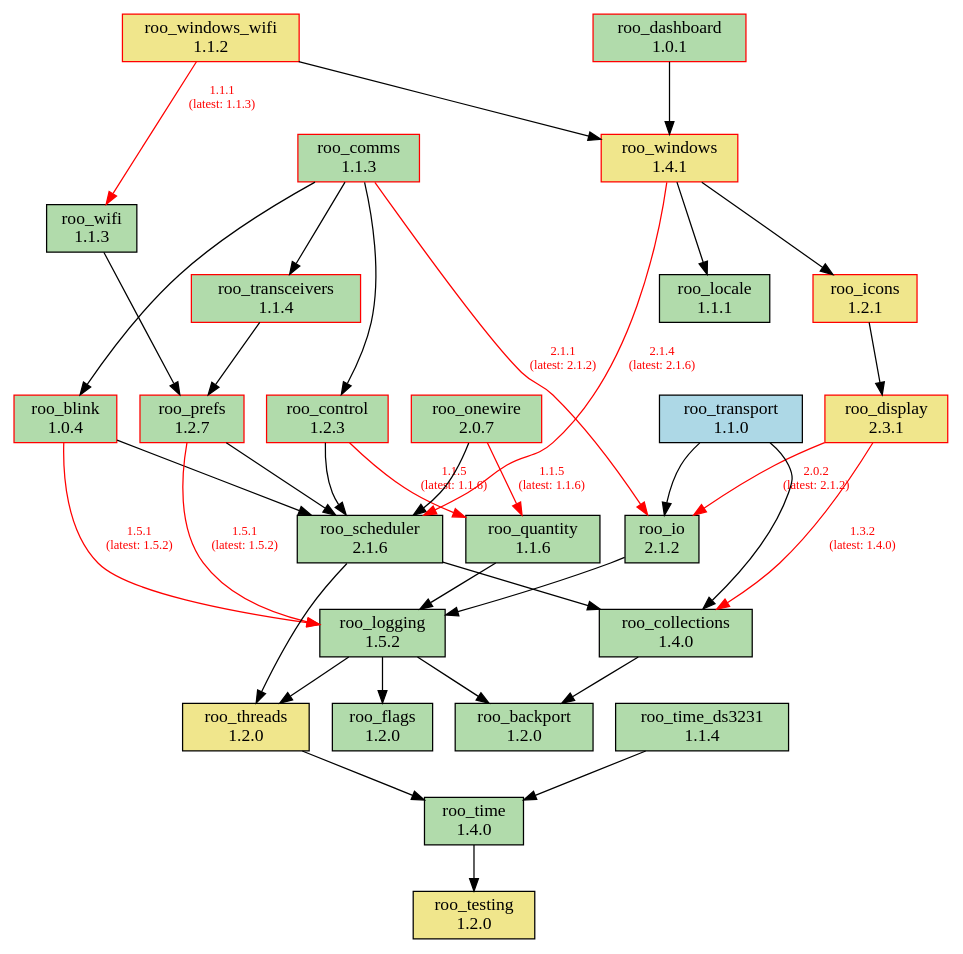
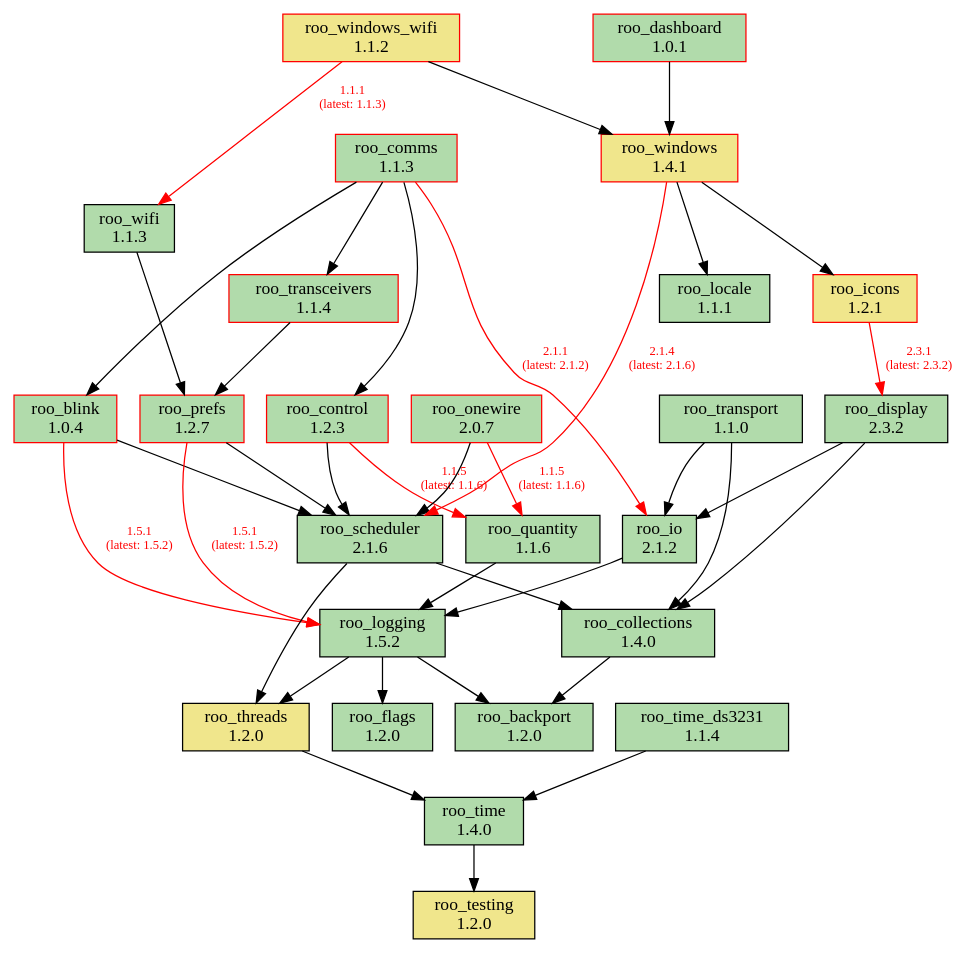
The diagram in doc/dependencies.dot (dejwk/roo-registry), drawn with Graphviz before and after one commit. The commit also changed 3 other files, not shown here.

Commit message:
Added roo_display 2.3.2 to the registry.

```diff
--- a/doc/dependencies.dot
+++ b/doc/dependencies.dot
@@ -1,70 +1,70 @@
 digraph dependencies {
     rankdir=TB;
     node [shape=box, style=filled];
     edge [fontsize=10];
 
     // Modules
     "roo_backport" [label="roo_backport\n1.2.0", fillcolor="#b1dbab", color="black"];
     "roo_blink" [label="roo_blink\n1.0.4", fillcolor="#b1dbab", color="red"];
     "roo_collections" [label="roo_collections\n1.4.0", fillcolor="#b1dbab", color="black"];
     "roo_comms" [label="roo_comms\n1.1.3", fillcolor="#b1dbab", color="red"];
     "roo_control" [label="roo_control\n1.2.3", fillcolor="#b1dbab", color="red"];
     "roo_dashboard" [label="roo_dashboard\n1.0.1", fillcolor="#b1dbab", color="red"];
-    "roo_display" [label="roo_display\n2.3.1", fillcolor="khaki", color="red"];
+    "roo_display" [label="roo_display\n2.3.2", fillcolor="#b1dbab", color="black"];
     "roo_flags" [label="roo_flags\n1.2.0", fillcolor="#b1dbab", color="black"];
     "roo_icons" [label="roo_icons\n1.2.1", fillcolor="khaki", color="red"];
     "roo_io" [label="roo_io\n2.1.2", fillcolor="#b1dbab", color="black"];
     "roo_locale" [label="roo_locale\n1.1.1", fillcolor="#b1dbab", color="black"];
     "roo_logging" [label="roo_logging\n1.5.2", fillcolor="#b1dbab", color="black"];
     "roo_onewire" [label="roo_onewire\n2.0.7", fillcolor="#b1dbab", color="red"];
     "roo_prefs" [label="roo_prefs\n1.2.7", fillcolor="#b1dbab", color="red"];
     "roo_quantity" [label="roo_quantity\n1.1.6", fillcolor="#b1dbab", color="black"];
     "roo_scheduler" [label="roo_scheduler\n2.1.6", fillcolor="#b1dbab", color="black"];
     "roo_testing" [label="roo_testing\n1.2.0", fillcolor="khaki", color="black"];
     "roo_threads" [label="roo_threads\n1.2.0", fillcolor="khaki", color="black"];
     "roo_time" [label="roo_time\n1.4.0", fillcolor="#b1dbab", color="black"];
     "roo_time_ds3231" [label="roo_time_ds3231\n1.1.4", fillcolor="#b1dbab", color="black"];
     "roo_transceivers" [label="roo_transceivers\n1.1.4", fillcolor="#b1dbab", color="red"];
-    "roo_transport" [label="roo_transport\n1.1.0", fillcolor="lightblue", color="black"];
+    "roo_transport" [label="roo_transport\n1.1.0", fillcolor="#b1dbab", color="black"];
     "roo_wifi" [label="roo_wifi\n1.1.3", fillcolor="#b1dbab", color="black"];
     "roo_windows" [label="roo_windows\n1.4.1", fillcolor="khaki", color="red"];
     "roo_windows_wifi" [label="roo_windows_wifi\n1.1.2", fillcolor="khaki", color="red"];
 
     // Dependencies
     "roo_blink" -> "roo_logging" [color=red, fontcolor=red, label="1.5.1\n(latest: 1.5.2)"];
     "roo_blink" -> "roo_scheduler";
     "roo_collections" -> "roo_backport";
     "roo_comms" -> "roo_blink";
     "roo_comms" -> "roo_control";
     "roo_comms" -> "roo_io" [color=red, fontcolor=red, label="2.1.1\n(latest: 2.1.2)"];
     "roo_comms" -> "roo_transceivers";
     "roo_control" -> "roo_quantity" [color=red, fontcolor=red, label="1.1.5\n(latest: 1.1.6)"];
     "roo_control" -> "roo_scheduler";
     "roo_dashboard" -> "roo_windows";
-    "roo_display" -> "roo_collections" [color=red, fontcolor=red, label="1.3.2\n(latest: 1.4.0)"];
-    "roo_display" -> "roo_io" [color=red, fontcolor=red, label="2.0.2\n(latest: 2.1.2)"];
-    "roo_icons" -> "roo_display";
+    "roo_display" -> "roo_collections";
+    "roo_display" -> "roo_io";
+    "roo_icons" -> "roo_display" [color=red, fontcolor=red, label="2.3.1\n(latest: 2.3.2)"];
     "roo_io" -> "roo_logging";
     "roo_logging" -> "roo_backport";
     "roo_logging" -> "roo_flags";
     "roo_logging" -> "roo_threads";
     "roo_onewire" -> "roo_scheduler";
     "roo_onewire" -> "roo_quantity" [color=red, fontcolor=red, label="1.1.5\n(latest: 1.1.6)"];
     "roo_prefs" -> "roo_logging" [color=red, fontcolor=red, label="1.5.1\n(latest: 1.5.2)"];
     "roo_prefs" -> "roo_scheduler";
     "roo_quantity" -> "roo_logging";
     "roo_scheduler" -> "roo_collections";
     "roo_scheduler" -> "roo_threads";
     "roo_threads" -> "roo_time";
     "roo_time" -> "roo_testing";
     "roo_time_ds3231" -> "roo_time";
     "roo_transceivers" -> "roo_prefs";
     "roo_transport" -> "roo_collections";
     "roo_transport" -> "roo_io";
     "roo_wifi" -> "roo_prefs";
     "roo_windows" -> "roo_locale";
     "roo_windows" -> "roo_icons";
     "roo_windows" -> "roo_scheduler" [color=red, fontcolor=red, label="2.1.4\n(latest: 2.1.6)"];
     "roo_windows_wifi" -> "roo_wifi" [color=red, fontcolor=red, label="1.1.1\n(latest: 1.1.3)"];
     "roo_windows_wifi" -> "roo_windows";
 }
```
